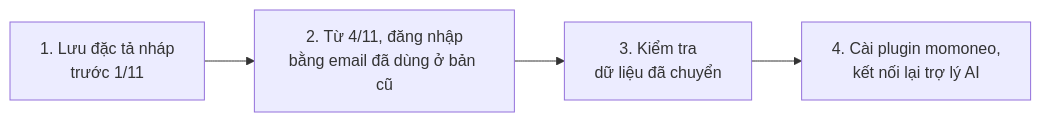
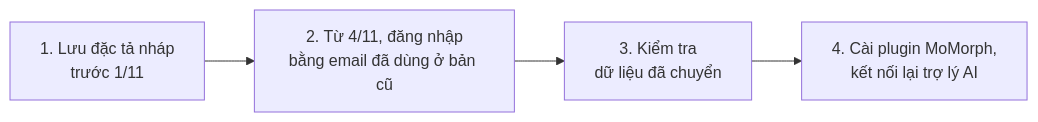
The third of 4 diagrams in docs/v1-to-v2-migration.vi.md (framgia/momorph-support), drawn with Mermaid before and after one commit. The commit also changed other lines of this file and 21 other files, not shown here.

````diff
--- a/docs/v1-to-v2-migration.vi.md
+++ b/docs/v1-to-v2-migration.vi.md
@@ -71,4 +71,4 @@
 ```mermaid
 flowchart LR
-  A["1. Lưu đặc tả nháp<br>trước 1/11"] --> B["2. Từ 4/11, đăng nhập<br>bằng email đã dùng ở bản cũ"] --> C["3. Kiểm tra<br>dữ liệu đã chuyển"] --> D["4. Cài plugin momoneo,<br>kết nối lại trợ lý AI"]
+  A["1. Lưu đặc tả nháp<br>trước 1/11"] --> B["2. Từ 4/11, đăng nhập<br>bằng email đã dùng ở bản cũ"] --> C["3. Kiểm tra<br>dữ liệu đã chuyển"] --> D["4. Cài plugin MoMorph,<br>kết nối lại trợ lý AI"]
 ```
````
